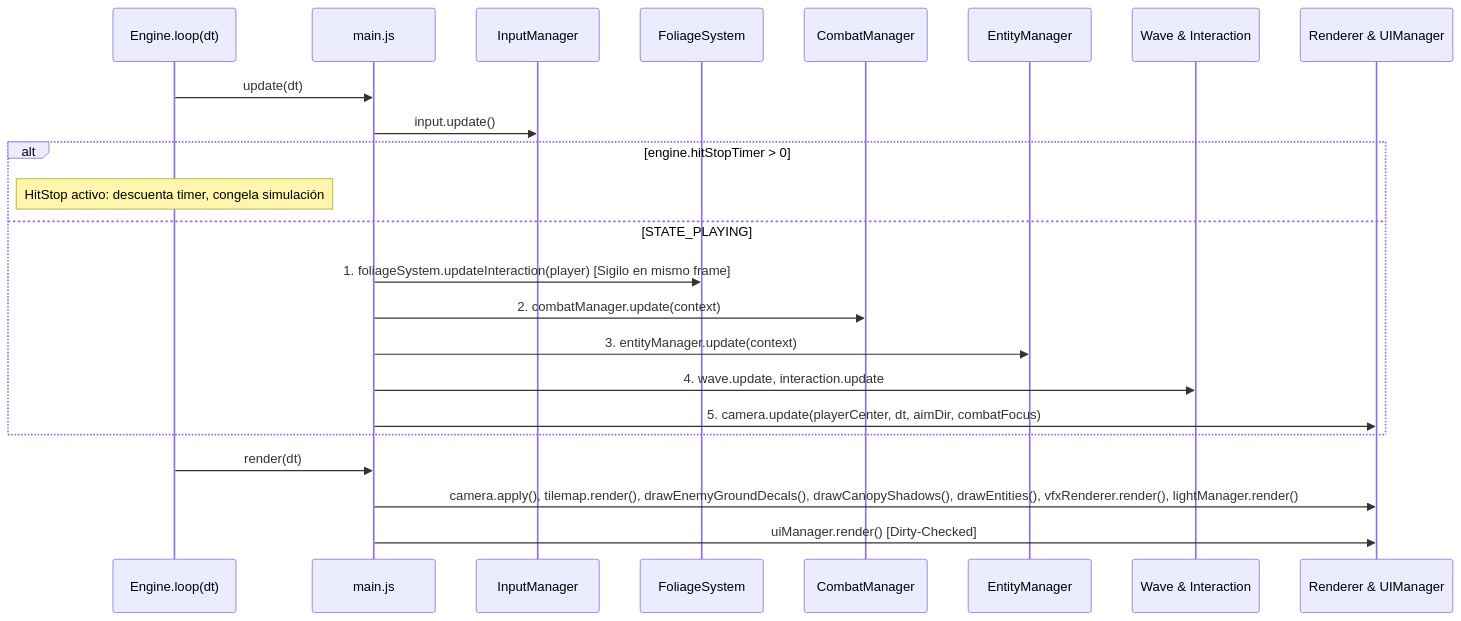
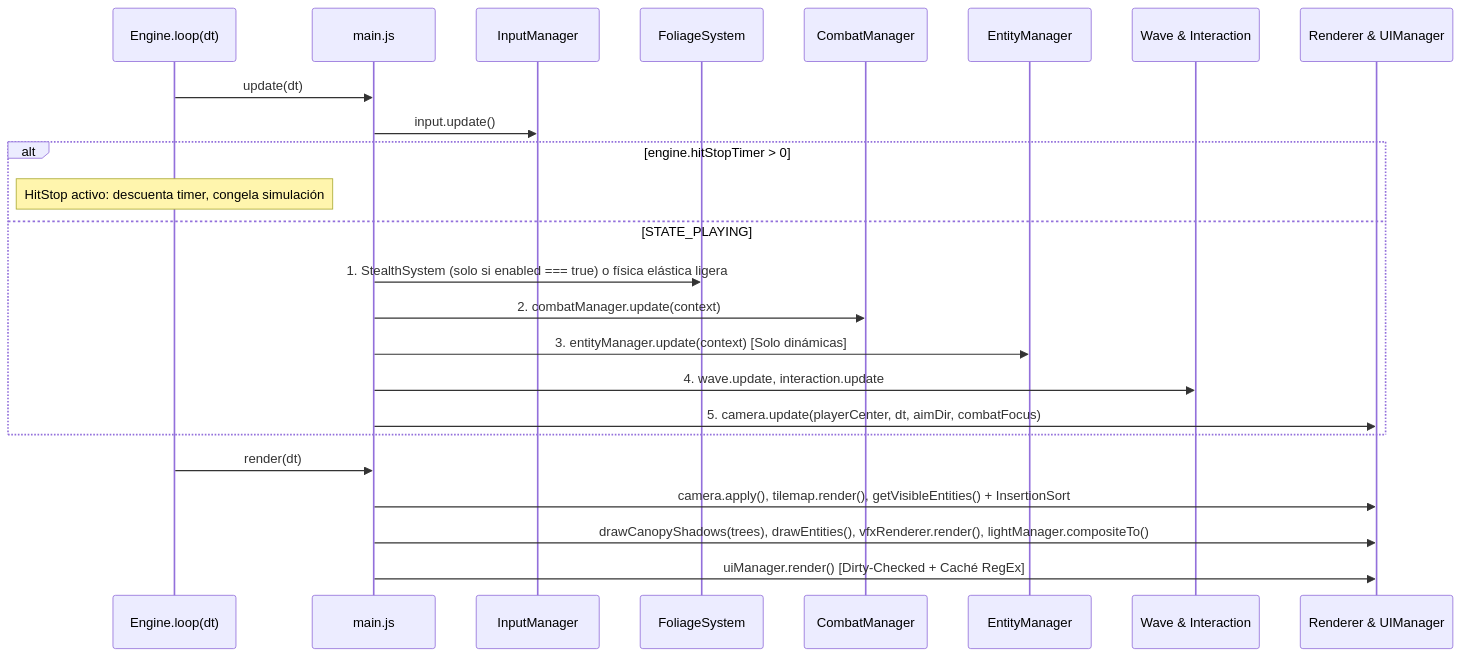
The second of 2 diagrams in gemini/ARCHITECTURE.md (santiagorivero0203-gif/A-new-game), drawn with Mermaid before and after one commit. The commit also changed other lines of this file and 28 other files, not shown here.

````diff
--- a/gemini/ARCHITECTURE.md
+++ b/gemini/ARCHITECTURE.md
@@ -113,26 +113,27 @@
 ```mermaid
 sequenceDiagram
   participant RAF as Engine.loop(dt)
   participant MAIN as main.js
   participant IN as InputManager
   participant FOL as FoliageSystem
   participant CM as CombatManager
   participant EM as EntityManager
   participant SYS as Wave & Interaction
   participant REN as Renderer & UIManager
 
   RAF->>MAIN: update(dt)
   MAIN->>IN: input.update()
   alt engine.hitStopTimer > 0
     Note over RAF: HitStop activo: descuenta timer, congela simulación
   else STATE_PLAYING
-    MAIN->>FOL: 1. foliageSystem.updateInteraction(player) [Sigilo en mismo frame]
+    MAIN->>FOL: 1. StealthSystem (solo si enabled === true) o física elástica ligera
     MAIN->>CM: 2. combatManager.update(context)
-    MAIN->>EM: 3. entityManager.update(context)
+    MAIN->>EM: 3. entityManager.update(context) [Solo dinámicas]
     MAIN->>SYS: 4. wave.update, interaction.update
     MAIN->>REN: 5. camera.update(playerCenter, dt, aimDir, combatFocus)
   end
   RAF->>MAIN: render(dt)
-  MAIN->>REN: camera.apply(), tilemap.render(), drawEnemyGroundDecals(), drawCanopyShadows(), drawEntities(), vfxRenderer.render(), lightManager.render()
-  MAIN->>REN: uiManager.render() [Dirty-Checked]
+  MAIN->>REN: camera.apply(), tilemap.render(), getVisibleEntities() + InsertionSort
+  MAIN->>REN: drawCanopyShadows(trees), drawEntities(), vfxRenderer.render(), lightManager.compositeTo()
+  MAIN->>REN: uiManager.render() [Dirty-Checked + Caché RegEx]
 ```
````
